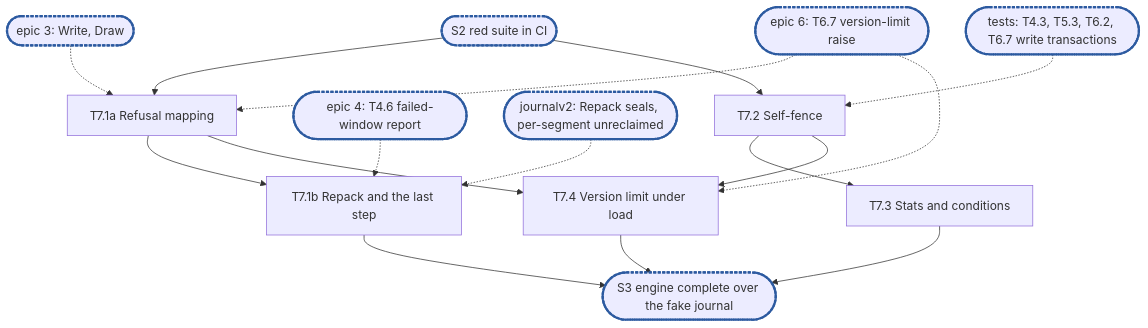
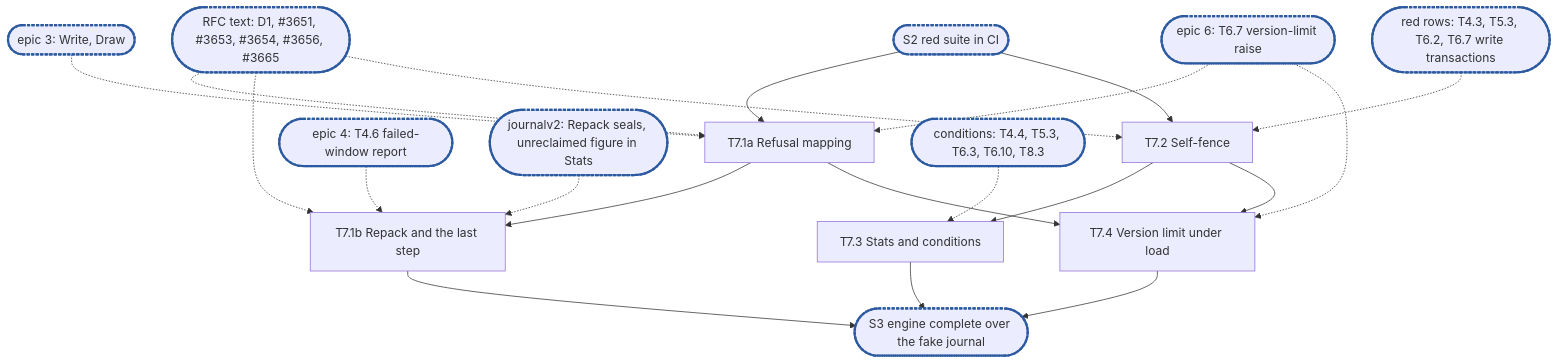
The diagram in docs/internals/planning/rfc-8-engine-epic7.md (marmos91/dittofs), drawn with Mermaid before and after one commit. The commit also changed other lines of this file, not shown here.

````diff
--- a/docs/internals/planning/rfc-8-engine-epic7.md
+++ b/docs/internals/planning/rfc-8-engine-epic7.md
@@ -512,15 +590,17 @@
 ```mermaid
 flowchart TD
   S2(["S2 red suite in CI"]):::sync --> T7_1a["T7.1a Refusal mapping"]
   ep3(["epic 3: Write, Draw"]):::sync -.-> T7_1a
   ep6(["epic 6: T6.7 version-limit raise"]):::sync -.-> T7_1a & T7_4
   T7_1a --> T7_1b["T7.1b Repack and the last step"]
   ep4(["epic 4: T4.6 failed-window report"]):::sync -.-> T7_1b
-  J(["journalv2: Repack seals, per-segment unreclaimed"]):::sync -.-> T7_1b
+  J(["journalv2: Repack seals, unreclaimed figure in Stats"]):::sync -.-> T7_1b
+  rfc(["RFC text: D1, #3651, #3653, #3654, #3656, #3665"]):::sync -.-> T7_1a & T7_1b & T7_2
   S2 --> T7_2["T7.2 Self-fence"]
-  tx(["tests: T4.3, T5.3, T6.2, T6.7 write transactions"]):::sync -.-> T7_2
+  tx(["red rows: T4.3, T5.3, T6.2, T6.7 write transactions"]):::sync -.-> T7_2
   T7_2 --> T7_3["T7.3 Stats and conditions"]
+  cond(["conditions: T4.4, T5.3, T6.3, T6.10, T8.3"]):::sync -.-> T7_3
   T7_2 & T7_1a --> T7_4["T7.4 Version limit under load"]
   T7_1b & T7_3 & T7_4 --> S3(["S3 engine complete over the fake journal"]):::sync
   classDef sync stroke:#2c5aa0,stroke-width:3px,stroke-dasharray:4 2
 ```
````
